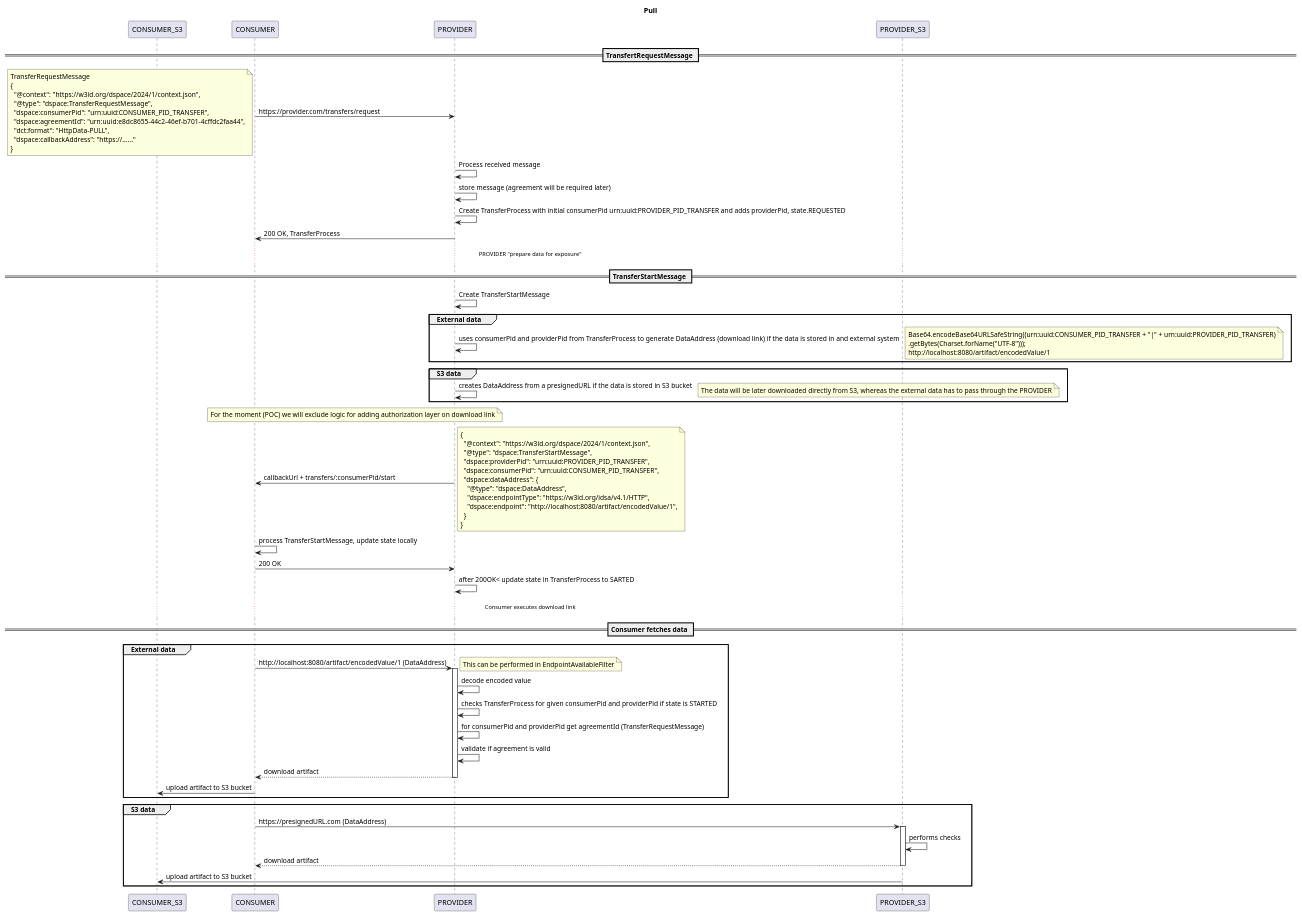
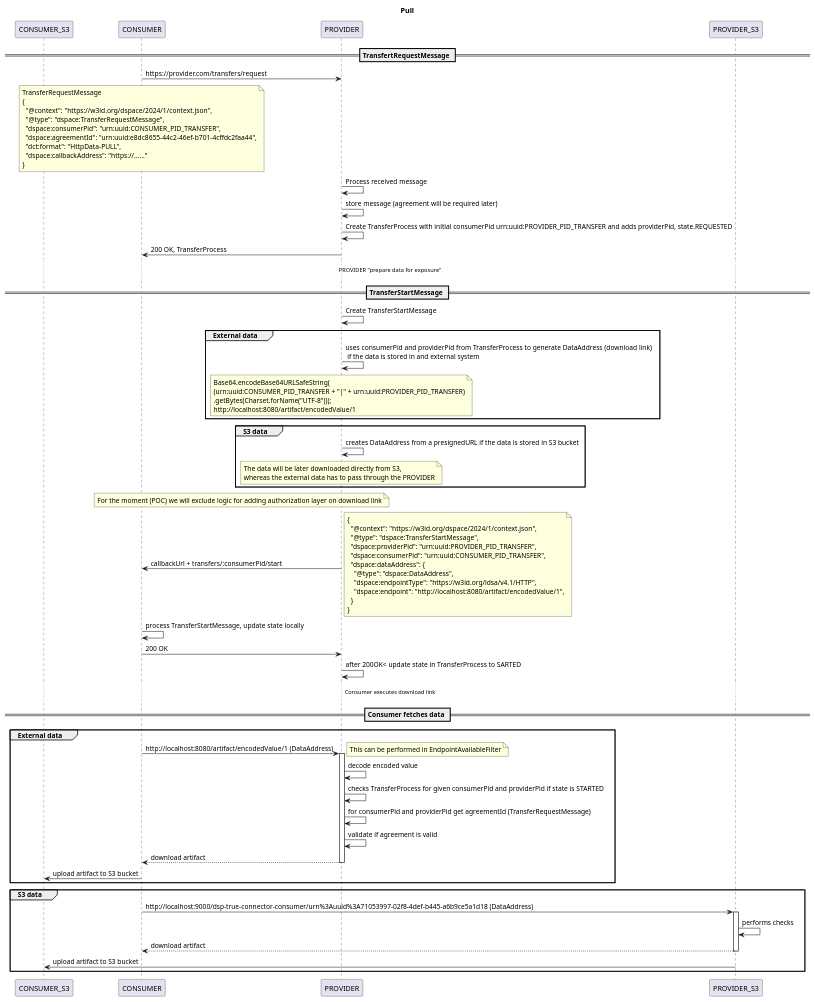
Before and after one commit to Engineering-Research-and-Development/dsp-true-connector: the diagram in data-transfer/doc/diagrams/transfer.puml, drawn with PlantUML. The commit also changed 1 other file, not shown here.

Commit message:
Update documentation; change presigned URL examples to use local development endpoint

```diff
--- a/data-transfer/doc/diagrams/transfer.puml
+++ b/data-transfer/doc/diagrams/transfer.puml
@@ -1,97 +1,99 @@
 @startuml
 
 TITLE Pull
 
 participant CONSUMER_S3 as cs3
 participant CONSUMER as c
 participant PROVIDER as p
 participant PROVIDER_S3 as ps3
 
 == TransfertRequestMessage ==
 
 c->p : https://provider.com/transfers/request
-note left
+note over c
 TransferRequestMessage
 {
   "@context":  "https://w3id.org/dspace/2024/1/context.json",
   "@type": "dspace:TransferRequestMessage",
   "dspace:consumerPid": "urn:uuid:CONSUMER_PID_TRANSFER",
   "dspace:agreementId": "urn:uuid:e8dc8655-44c2-46ef-b701-4cffdc2faa44",
   "dct:format": "HttpData-PULL",
   "dspace:callbackAddress": "https://......"
 }
 end note
 
 p->p: Process received message
 p->p: store message (agreement will be required later)
 p->p: Create TransferProcess with initial consumerPid urn:uuid:PROVIDER_PID_TRANSFER and adds providerPid, state.REQUESTED
 p->c: 200 OK, TransferProcess
 
 ...PROVIDER "prepare data for exposure"...
 
 == TransferStartMessage ==
 p->p: Create TransferStartMessage
 group External data
-p->p: uses consumerPid and providerPid from TransferProcess to generate DataAddress (download link) if the data is stored in and external system
+p->p: uses consumerPid and providerPid from TransferProcess to generate DataAddress (download link) \n if the data is stored in and external system
 
-note right
-Base64.encodeBase64URLSafeString((urn:uuid:CONSUMER_PID_TRANSFER + "|" + urn:uuid:PROVIDER_PID_TRANSFER)
+note over p
+Base64.encodeBase64URLSafeString(
+(urn:uuid:CONSUMER_PID_TRANSFER + "|" + urn:uuid:PROVIDER_PID_TRANSFER)
 .getBytes(Charset.forName("UTF-8")));
 http://localhost:8080/artifact/encodedValue/1
 end note
 end
 group S3 data
 p->p: creates DataAddress from a presignedURL if the data is stored in S3 bucket
 
-note right
-The data will be later downloaded directly from S3, whereas the external data has to pass through the PROVIDER
+note over p
+The data will be later downloaded directly from S3,
+whereas the external data has to pass through the PROVIDER
 end note
 end
 
 note over c, p
 For the moment (POC) we will exclude logic for adding authorization layer on download link
 end note
 
 p->c : callbackUrl + transfers/:consumerPid/start
 note right
 {
   "@context":  "https://w3id.org/dspace/2024/1/context.json",
   "@type": "dspace:TransferStartMessage",
   "dspace:providerPid": "urn:uuid:PROVIDER_PID_TRANSFER",
   "dspace:consumerPid": "urn:uuid:CONSUMER_PID_TRANSFER",
   "dspace:dataAddress": {
     "@type": "dspace:DataAddress",
     "dspace:endpointType": "https://w3id.org/idsa/v4.1/HTTP",
     "dspace:endpoint": "http://localhost:8080/artifact/encodedValue/1",
   }
 }
 end note
 
 c->c : process TransferStartMessage, update state locally
 c->p : 200 OK
 p->p: after 200OK< update state in TransferProcess to SARTED
 
 ...Consumer executes download link...
 
 == Consumer fetches data ==
 
 group External data
 c->p ++: http://localhost:8080/artifact/encodedValue/1 (DataAddress)
 note right
 This can be performed in EndpointAvailableFilter
 end note
 p->p: decode encoded value
 p->p: checks TransferProcess for given consumerPid and providerPid if state is STARTED
 p->p: for consumerPid and providerPid get agreementId (TransferRequestMessage)
 p->p: validate if agreement is valid
 return download artifact
 c->cs3 : upload artifact to S3 bucket
 end
 
 group S3 data
-c->ps3 ++: https://presignedURL.com (DataAddress)
+c->ps3 ++: http://localhost:9000/dsp-true-connector-consumer/urn%3Auuid%3A71053997-02f8-4def-b445-a6b9ce5a1d18 (DataAddress)
 ps3->ps3: performs checks
 return download artifact
 ps3->cs3 : upload artifact to S3 bucket
 end
 @enduml
```
